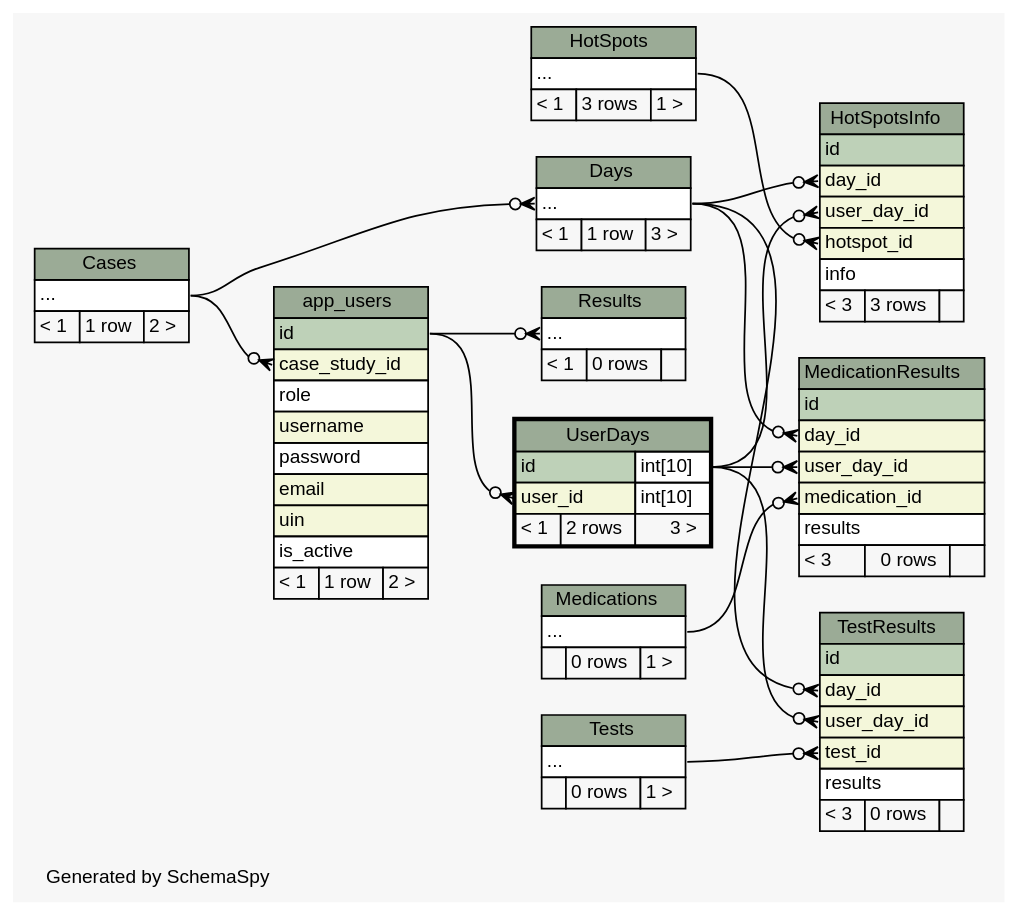
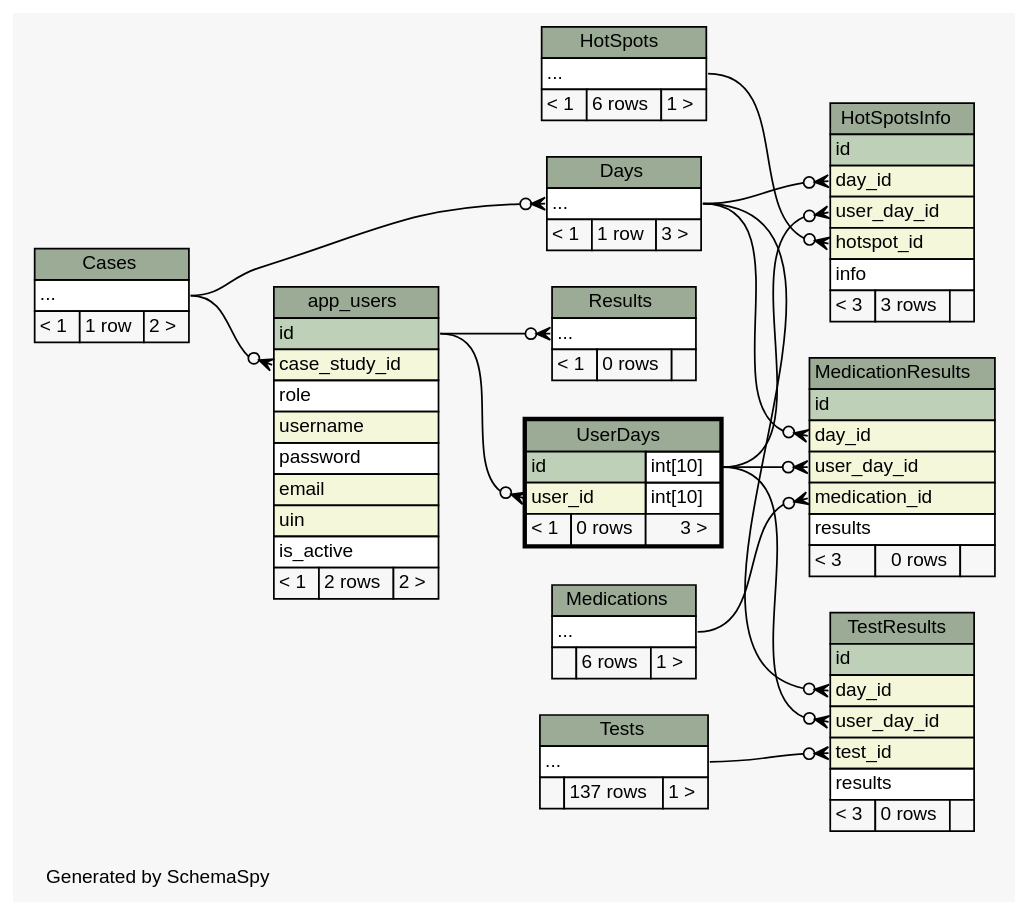
One commit to carrel2/CaseStudies changed the diagram in web/files/schema/diagrams/UserDays.2degrees.dot. Above: the diagram before and after it, drawn with Graphviz. The commit also changed 228 other files, not shown here.

```diff
--- a/web/files/schema/diagrams/UserDays.2degrees.dot
+++ b/web/files/schema/diagrams/UserDays.2degrees.dot
@@ -1,165 +1,165 @@
-// dot 2.38.0 on Linux 4.4.0-67-generic
+// dot 2.38.0 on Linux 4.4.0-72-generic
 // SchemaSpy rev 590
 digraph "twoDegreesRelationshipsDiagram" {
   graph [
     rankdir="RL"
     bgcolor="#f7f7f7"
     label="\nGenerated by SchemaSpy"
     labeljust="l"
     nodesep="0.18"
     ranksep="0.46"
     fontname="Helvetica"
     fontsize="11"
   ];
   node [
     fontname="Helvetica"
     fontsize="11"
     shape="plaintext"
   ];
   edge [
     arrowsize="0.8"
   ];
   "app_users":"case_study_id":w -> "Cases":"elipses":e [arrowhead=none dir=back arrowtail=crowodot];
   "Days":"elipses":w -> "Cases":"elipses":e [arrowhead=none dir=back arrowtail=crowodot];
   "HotSpotsInfo":"day_id":w -> "Days":"elipses":e [arrowhead=none dir=back arrowtail=crowodot];
   "HotSpotsInfo":"hotspot_id":w -> "HotSpots":"elipses":e [arrowhead=none dir=back arrowtail=crowodot];
   "HotSpotsInfo":"user_day_id":w -> "UserDays":"id.type":e [arrowhead=none dir=back arrowtail=crowodot];
   "MedicationResults":"day_id":w -> "Days":"elipses":e [arrowhead=none dir=back arrowtail=crowodot];
   "MedicationResults":"medication_id":w -> "Medications":"elipses":e [arrowhead=none dir=back arrowtail=crowodot];
   "MedicationResults":"user_day_id":w -> "UserDays":"id.type":e [arrowhead=none dir=back arrowtail=crowodot];
   "Results":"elipses":w -> "app_users":"id":e [arrowhead=none dir=back arrowtail=crowodot];
   "TestResults":"day_id":w -> "Days":"elipses":e [arrowhead=none dir=back arrowtail=crowodot];
   "TestResults":"test_id":w -> "Tests":"elipses":e [arrowhead=none dir=back arrowtail=crowodot];
   "TestResults":"user_day_id":w -> "UserDays":"id.type":e [arrowhead=none dir=back arrowtail=crowodot];
   "UserDays":"user_id":w -> "app_users":"id":e [arrowhead=none dir=back arrowtail=crowodot];
   "app_users" [
     label=<
     <TABLE BORDER="0" CELLBORDER="1" CELLSPACING="0" BGCOLOR="#ffffff">
       <TR><TD COLSPAN="3" BGCOLOR="#9bab96" ALIGN="CENTER">app_users</TD></TR>
       <TR><TD PORT="id" COLSPAN="3" BGCOLOR="#bed1b8" ALIGN="LEFT">id</TD></TR>
       <TR><TD PORT="case_study_id" COLSPAN="3" BGCOLOR="#f4f7da" ALIGN="LEFT">case_study_id</TD></TR>
       <TR><TD PORT="role" COLSPAN="3" ALIGN="LEFT">role</TD></TR>
       <TR><TD PORT="username" COLSPAN="3" BGCOLOR="#f4f7da" ALIGN="LEFT">username</TD></TR>
       <TR><TD PORT="password" COLSPAN="3" ALIGN="LEFT">password</TD></TR>
       <TR><TD PORT="email" COLSPAN="3" BGCOLOR="#f4f7da" ALIGN="LEFT">email</TD></TR>
       <TR><TD PORT="uin" COLSPAN="3" BGCOLOR="#f4f7da" ALIGN="LEFT">uin</TD></TR>
       <TR><TD PORT="is_active" COLSPAN="3" ALIGN="LEFT">is_active</TD></TR>
-      <TR><TD ALIGN="LEFT" BGCOLOR="#f7f7f7">&lt; 1</TD><TD ALIGN="RIGHT" BGCOLOR="#f7f7f7">1 row</TD><TD ALIGN="RIGHT" BGCOLOR="#f7f7f7">2 &gt;</TD></TR>
+      <TR><TD ALIGN="LEFT" BGCOLOR="#f7f7f7">&lt; 1</TD><TD ALIGN="RIGHT" BGCOLOR="#f7f7f7">2 rows</TD><TD ALIGN="RIGHT" BGCOLOR="#f7f7f7">2 &gt;</TD></TR>
     </TABLE>>
     URL="app_users.html"
     tooltip="app_users"
   ];
   "Cases" [
     label=<
     <TABLE BORDER="0" CELLBORDER="1" CELLSPACING="0" BGCOLOR="#ffffff">
       <TR><TD COLSPAN="3" BGCOLOR="#9bab96" ALIGN="CENTER">Cases</TD></TR>
       <TR><TD PORT="elipses" COLSPAN="3" ALIGN="LEFT">...</TD></TR>
       <TR><TD ALIGN="LEFT" BGCOLOR="#f7f7f7">&lt; 1</TD><TD ALIGN="RIGHT" BGCOLOR="#f7f7f7">1 row</TD><TD ALIGN="RIGHT" BGCOLOR="#f7f7f7">2 &gt;</TD></TR>
     </TABLE>>
     URL="Cases.html"
     tooltip="Cases"
   ];
   "Days" [
     label=<
     <TABLE BORDER="0" CELLBORDER="1" CELLSPACING="0" BGCOLOR="#ffffff">
       <TR><TD COLSPAN="3" BGCOLOR="#9bab96" ALIGN="CENTER">Days</TD></TR>
       <TR><TD PORT="elipses" COLSPAN="3" ALIGN="LEFT">...</TD></TR>
       <TR><TD ALIGN="LEFT" BGCOLOR="#f7f7f7">&lt; 1</TD><TD ALIGN="RIGHT" BGCOLOR="#f7f7f7">1 row</TD><TD ALIGN="RIGHT" BGCOLOR="#f7f7f7">3 &gt;</TD></TR>
     </TABLE>>
     URL="Days.html"
     tooltip="Days"
   ];
   "HotSpots" [
     label=<
     <TABLE BORDER="0" CELLBORDER="1" CELLSPACING="0" BGCOLOR="#ffffff">
       <TR><TD COLSPAN="3" BGCOLOR="#9bab96" ALIGN="CENTER">HotSpots</TD></TR>
       <TR><TD PORT="elipses" COLSPAN="3" ALIGN="LEFT">...</TD></TR>
-      <TR><TD ALIGN="LEFT" BGCOLOR="#f7f7f7">&lt; 1</TD><TD ALIGN="RIGHT" BGCOLOR="#f7f7f7">3 rows</TD><TD ALIGN="RIGHT" BGCOLOR="#f7f7f7">1 &gt;</TD></TR>
+      <TR><TD ALIGN="LEFT" BGCOLOR="#f7f7f7">&lt; 1</TD><TD ALIGN="RIGHT" BGCOLOR="#f7f7f7">6 rows</TD><TD ALIGN="RIGHT" BGCOLOR="#f7f7f7">1 &gt;</TD></TR>
     </TABLE>>
     URL="HotSpots.html"
     tooltip="HotSpots"
   ];
   "HotSpotsInfo" [
     label=<
     <TABLE BORDER="0" CELLBORDER="1" CELLSPACING="0" BGCOLOR="#ffffff">
       <TR><TD COLSPAN="3" BGCOLOR="#9bab96" ALIGN="CENTER">HotSpotsInfo</TD></TR>
       <TR><TD PORT="id" COLSPAN="3" BGCOLOR="#bed1b8" ALIGN="LEFT">id</TD></TR>
       <TR><TD PORT="day_id" COLSPAN="3" BGCOLOR="#f4f7da" ALIGN="LEFT">day_id</TD></TR>
       <TR><TD PORT="user_day_id" COLSPAN="3" BGCOLOR="#f4f7da" ALIGN="LEFT">user_day_id</TD></TR>
       <TR><TD PORT="hotspot_id" COLSPAN="3" BGCOLOR="#f4f7da" ALIGN="LEFT">hotspot_id</TD></TR>
       <TR><TD PORT="info" COLSPAN="3" ALIGN="LEFT">info</TD></TR>
       <TR><TD ALIGN="LEFT" BGCOLOR="#f7f7f7">&lt; 3</TD><TD ALIGN="RIGHT" BGCOLOR="#f7f7f7">3 rows</TD><TD ALIGN="RIGHT" BGCOLOR="#f7f7f7">  </TD></TR>
     </TABLE>>
     URL="HotSpotsInfo.html"
     tooltip="HotSpotsInfo"
   ];
   "MedicationResults" [
     label=<
     <TABLE BORDER="0" CELLBORDER="1" CELLSPACING="0" BGCOLOR="#ffffff">
       <TR><TD COLSPAN="3" BGCOLOR="#9bab96" ALIGN="CENTER">MedicationResults</TD></TR>
       <TR><TD PORT="id" COLSPAN="3" BGCOLOR="#bed1b8" ALIGN="LEFT">id</TD></TR>
       <TR><TD PORT="day_id" COLSPAN="3" BGCOLOR="#f4f7da" ALIGN="LEFT">day_id</TD></TR>
       <TR><TD PORT="user_day_id" COLSPAN="3" BGCOLOR="#f4f7da" ALIGN="LEFT">user_day_id</TD></TR>
       <TR><TD PORT="medication_id" COLSPAN="3" BGCOLOR="#f4f7da" ALIGN="LEFT">medication_id</TD></TR>
       <TR><TD PORT="results" COLSPAN="3" ALIGN="LEFT">results</TD></TR>
       <TR><TD ALIGN="LEFT" BGCOLOR="#f7f7f7">&lt; 3</TD><TD ALIGN="RIGHT" BGCOLOR="#f7f7f7">0 rows</TD><TD ALIGN="RIGHT" BGCOLOR="#f7f7f7">  </TD></TR>
     </TABLE>>
     URL="MedicationResults.html"
     tooltip="MedicationResults"
   ];
   "Medications" [
     label=<
     <TABLE BORDER="0" CELLBORDER="1" CELLSPACING="0" BGCOLOR="#ffffff">
       <TR><TD COLSPAN="3" BGCOLOR="#9bab96" ALIGN="CENTER">Medications</TD></TR>
       <TR><TD PORT="elipses" COLSPAN="3" ALIGN="LEFT">...</TD></TR>
-      <TR><TD ALIGN="LEFT" BGCOLOR="#f7f7f7">  </TD><TD ALIGN="RIGHT" BGCOLOR="#f7f7f7">0 rows</TD><TD ALIGN="RIGHT" BGCOLOR="#f7f7f7">1 &gt;</TD></TR>
+      <TR><TD ALIGN="LEFT" BGCOLOR="#f7f7f7">  </TD><TD ALIGN="RIGHT" BGCOLOR="#f7f7f7">6 rows</TD><TD ALIGN="RIGHT" BGCOLOR="#f7f7f7">1 &gt;</TD></TR>
     </TABLE>>
     URL="Medications.html"
     tooltip="Medications"
   ];
   "Results" [
     label=<
     <TABLE BORDER="0" CELLBORDER="1" CELLSPACING="0" BGCOLOR="#ffffff">
       <TR><TD COLSPAN="3" BGCOLOR="#9bab96" ALIGN="CENTER">Results</TD></TR>
       <TR><TD PORT="elipses" COLSPAN="3" ALIGN="LEFT">...</TD></TR>
       <TR><TD ALIGN="LEFT" BGCOLOR="#f7f7f7">&lt; 1</TD><TD ALIGN="RIGHT" BGCOLOR="#f7f7f7">0 rows</TD><TD ALIGN="RIGHT" BGCOLOR="#f7f7f7">  </TD></TR>
     </TABLE>>
     URL="Results.html"
     tooltip="Results"
   ];
   "TestResults" [
     label=<
     <TABLE BORDER="0" CELLBORDER="1" CELLSPACING="0" BGCOLOR="#ffffff">
       <TR><TD COLSPAN="3" BGCOLOR="#9bab96" ALIGN="CENTER">TestResults</TD></TR>
       <TR><TD PORT="id" COLSPAN="3" BGCOLOR="#bed1b8" ALIGN="LEFT">id</TD></TR>
       <TR><TD PORT="day_id" COLSPAN="3" BGCOLOR="#f4f7da" ALIGN="LEFT">day_id</TD></TR>
       <TR><TD PORT="user_day_id" COLSPAN="3" BGCOLOR="#f4f7da" ALIGN="LEFT">user_day_id</TD></TR>
       <TR><TD PORT="test_id" COLSPAN="3" BGCOLOR="#f4f7da" ALIGN="LEFT">test_id</TD></TR>
       <TR><TD PORT="results" COLSPAN="3" ALIGN="LEFT">results</TD></TR>
       <TR><TD ALIGN="LEFT" BGCOLOR="#f7f7f7">&lt; 3</TD><TD ALIGN="RIGHT" BGCOLOR="#f7f7f7">0 rows</TD><TD ALIGN="RIGHT" BGCOLOR="#f7f7f7">  </TD></TR>
     </TABLE>>
     URL="TestResults.html"
     tooltip="TestResults"
   ];
   "Tests" [
     label=<
     <TABLE BORDER="0" CELLBORDER="1" CELLSPACING="0" BGCOLOR="#ffffff">
       <TR><TD COLSPAN="3" BGCOLOR="#9bab96" ALIGN="CENTER">Tests</TD></TR>
       <TR><TD PORT="elipses" COLSPAN="3" ALIGN="LEFT">...</TD></TR>
-      <TR><TD ALIGN="LEFT" BGCOLOR="#f7f7f7">  </TD><TD ALIGN="RIGHT" BGCOLOR="#f7f7f7">0 rows</TD><TD ALIGN="RIGHT" BGCOLOR="#f7f7f7">1 &gt;</TD></TR>
+      <TR><TD ALIGN="LEFT" BGCOLOR="#f7f7f7">  </TD><TD ALIGN="RIGHT" BGCOLOR="#f7f7f7">137 rows</TD><TD ALIGN="RIGHT" BGCOLOR="#f7f7f7">1 &gt;</TD></TR>
     </TABLE>>
     URL="Tests.html"
     tooltip="Tests"
   ];
   "UserDays" [
     label=<
     <TABLE BORDER="2" CELLBORDER="1" CELLSPACING="0" BGCOLOR="#ffffff">
       <TR><TD COLSPAN="3" BGCOLOR="#9bab96" ALIGN="CENTER">UserDays</TD></TR>
       <TR><TD PORT="id" COLSPAN="2" BGCOLOR="#bed1b8" ALIGN="LEFT">id</TD><TD PORT="id.type" ALIGN="LEFT">int[10]</TD></TR>
       <TR><TD PORT="user_id" COLSPAN="2" BGCOLOR="#f4f7da" ALIGN="LEFT">user_id</TD><TD PORT="user_id.type" ALIGN="LEFT">int[10]</TD></TR>
-      <TR><TD ALIGN="LEFT" BGCOLOR="#f7f7f7">&lt; 1</TD><TD ALIGN="RIGHT" BGCOLOR="#f7f7f7">2 rows</TD><TD ALIGN="RIGHT" BGCOLOR="#f7f7f7">3 &gt;</TD></TR>
+      <TR><TD ALIGN="LEFT" BGCOLOR="#f7f7f7">&lt; 1</TD><TD ALIGN="RIGHT" BGCOLOR="#f7f7f7">0 rows</TD><TD ALIGN="RIGHT" BGCOLOR="#f7f7f7">3 &gt;</TD></TR>
     </TABLE>>
     URL="UserDays.html"
     tooltip="UserDays"
   ];
 }
```
